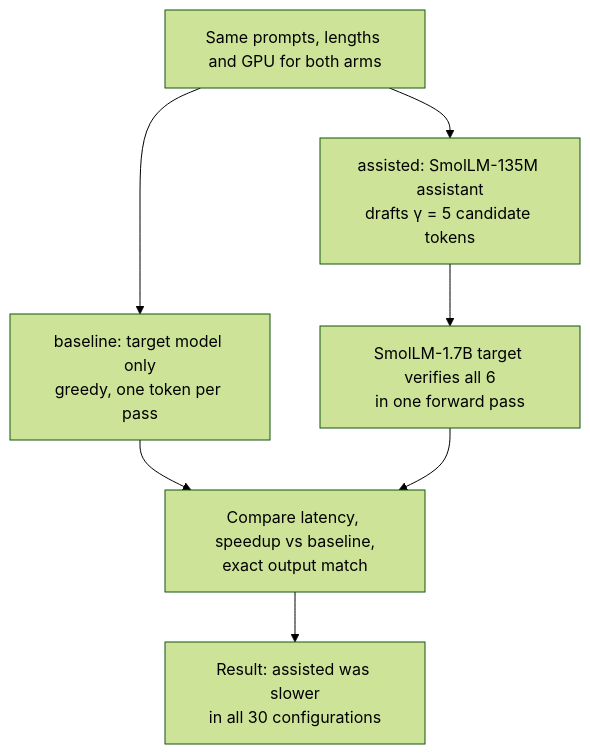
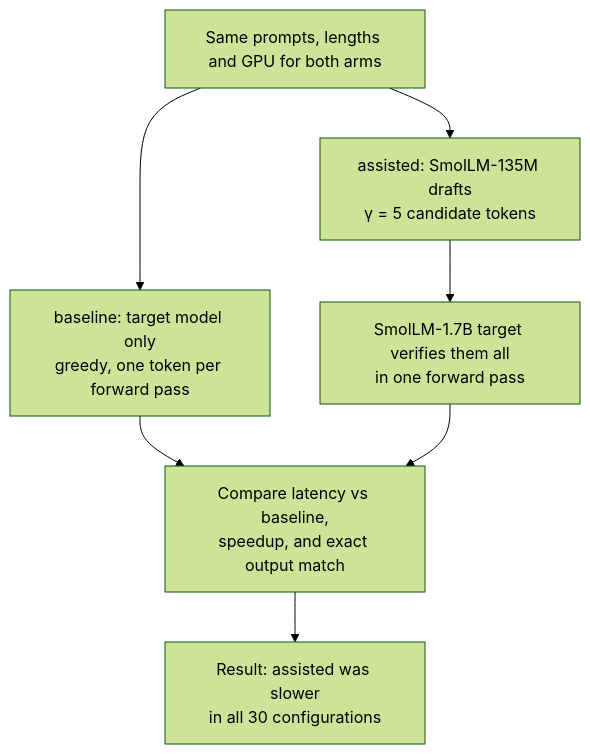
One commit to yashkapur0403/TinyTurbo changed the diagram in README.md. Above: the diagram before and after it, drawn with Mermaid (forest theme). The commit also changed other lines of this file, not shown here.

````diff
--- a/README.md
+++ b/README.md
@@ -84,9 +64,9 @@
 ```mermaid
 flowchart TD
-    A["Same prompts, lengths and GPU for both arms"] --> B["baseline: target model only<br/>greedy, one token per pass"]
-    A --> C["assisted: SmolLM-135M assistant<br/>drafts γ = 5 candidate tokens"]
-    C --> D["SmolLM-1.7B target verifies all 6<br/>in one forward pass"]
-    B --> E["Compare latency, speedup vs baseline,<br/>exact output match"]
+    A["Same prompts, lengths and GPU for both arms"] --> B["baseline: target model only<br/>greedy, one token per forward pass"]
+    A --> C["assisted: SmolLM-135M drafts<br/>γ = 5 candidate tokens"]
+    C --> D["SmolLM-1.7B target verifies them all<br/>in one forward pass"]
+    B --> E["Compare latency vs baseline,<br/>speedup, and exact output match"]
     D --> E
     E --> F["Result: assisted was slower<br/>in all 30 configurations"]
 ```
````
